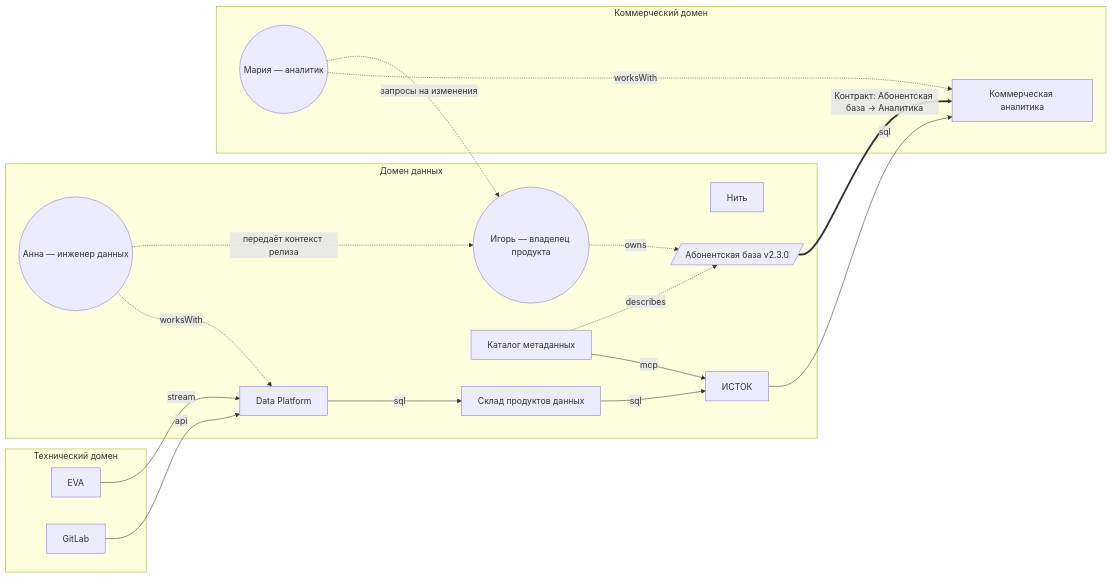
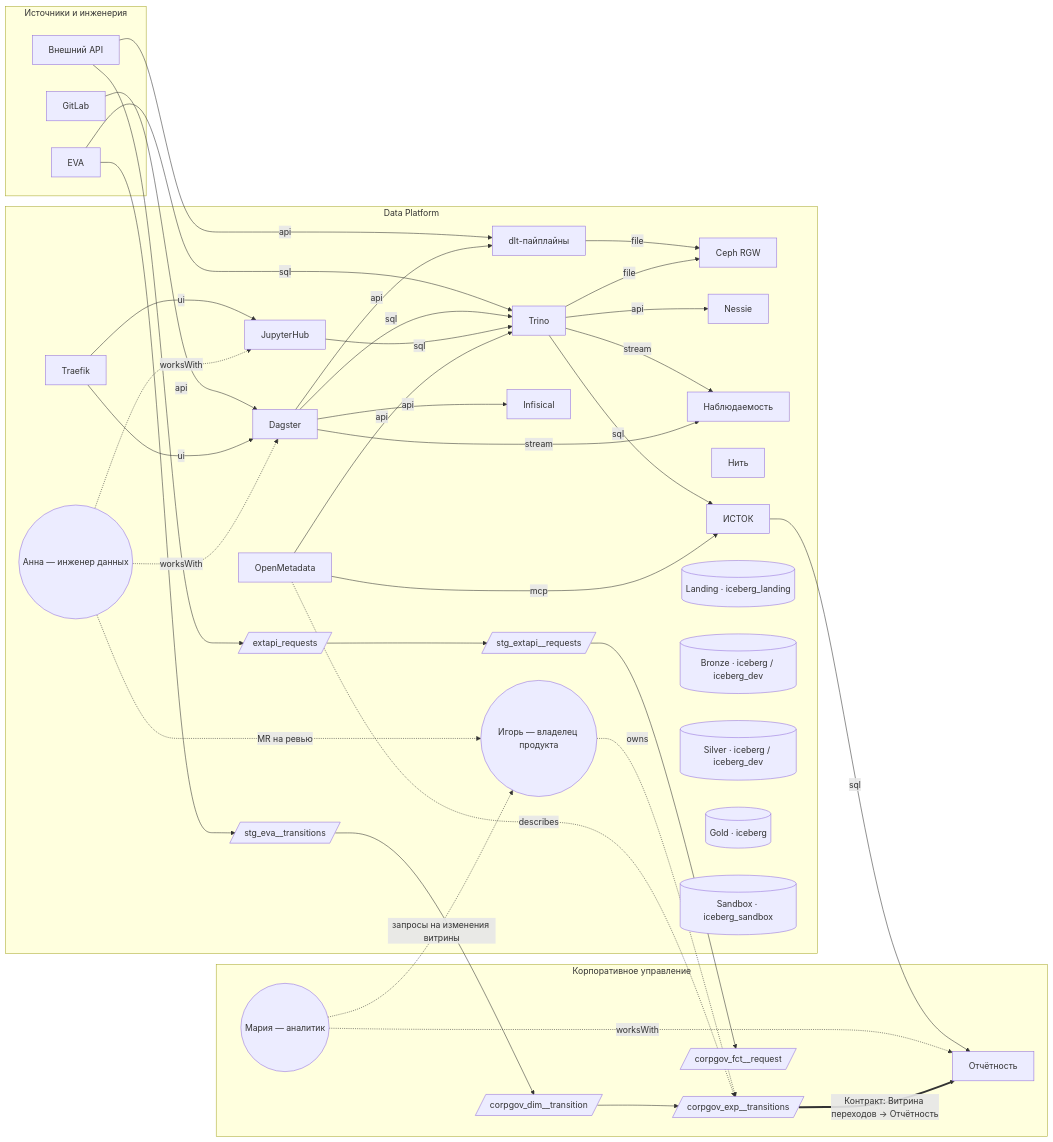
The first of 4 diagrams in docs/model.md (em-art/Data-City), drawn with Mermaid before and after one commit. The commit also changed other lines of this file and 32 other files, not shown here.

First line of the commit message:
Model the real Data Platform: Medallion layers, load patterns, three flows

````diff
--- a/docs/model.md
+++ b/docs/model.md
@@ -7,34 +7,71 @@
 ```mermaid
 flowchart LR
-  subgraph dom_data["Домен данных"]
-    sys_data_platform["Data Platform"]
-    sys_product_warehouse["Склад продуктов данных"]
-    sys_metadata["Каталог метаданных"]
+  subgraph dom_data["Data Platform"]
+    sys_traefik["Traefik"]
+    sys_trino["Trino"]
+    sys_dagster["Dagster"]
+    sys_ceph["Ceph RGW"]
+    sys_nessie["Nessie"]
+    sys_dlt["dlt-пайплайны"]
+    sys_jupyter["JupyterHub"]
+    sys_infisical["Infisical"]
+    sys_observability["Наблюдаемость"]
+    sys_metadata["OpenMetadata"]
     sys_nit["Нить"]
     sys_istok["ИСТОК"]
+    layer_landing[("Landing · iceberg_landing")]
+    layer_bronze[("Bronze · iceberg / iceberg_dev")]
+    layer_silver[("Silver · iceberg / iceberg_dev")]
+    layer_gold[("Gold · iceberg")]
+    layer_sandbox[("Sandbox · iceberg_sandbox")]
     emp_data_engineer(("Анна — инженер данных"))
     emp_product_owner(("Игорь — владелец продукта"))
-    dp_subscriber_base[/"Абонентская база v2.3.0"/]
+    dp_stg_eva_transitions[/"stg_eva__transitions"/]
+    dp_landing_extapi_requests[/"extapi_requests"/]
+    dp_stg_extapi_requests[/"stg_extapi__requests"/]
   end
-  subgraph dom_technical["Технический домен"]
+  subgraph dom_technical["Источники и инженерия"]
     sys_eva["EVA"]
+    sys_extapi["Внешний API"]
     sys_gitlab["GitLab"]
   end
-  subgraph dom_commercial["Коммерческий домен"]
-    sys_bi["Коммерческая аналитика"]
+  subgraph dom_corpgov["Корпоративное управление"]
+    sys_bi["Отчётность"]
     emp_analyst(("Мария — аналитик"))
+    dp_corpgov_dim_transition[/"corpgov_dim__transition"/]
+    dp_corpgov_exp_transitions[/"corpgov_exp__transitions"/]
+    dp_corpgov_fct_request[/"corpgov_fct__request"/]
   end
-  sys_eva -- "stream" --> sys_data_platform
-  sys_data_platform -- "sql" --> sys_product_warehouse
-  sys_product_warehouse -- "sql" --> sys_istok
+  sys_eva --> dp_stg_eva_transitions
+  dp_stg_eva_transitions --> dp_corpgov_dim_transition
+  dp_corpgov_dim_transition --> dp_corpgov_exp_transitions
+  sys_extapi --> dp_landing_extapi_requests
+  dp_landing_extapi_requests --> dp_stg_extapi_requests
+  dp_stg_extapi_requests --> dp_corpgov_fct_request
+  sys_eva -- "sql" --> sys_trino
+  sys_extapi -- "api" --> sys_dlt
+  sys_dlt -- "file" --> sys_ceph
+  sys_trino -- "file" --> sys_ceph
+  sys_trino -- "api" --> sys_nessie
+  sys_dagster -- "sql" --> sys_trino
+  sys_dagster -- "api" --> sys_dlt
+  sys_gitlab -- "api" --> sys_dagster
+  sys_traefik -- "ui" --> sys_dagster
+  sys_traefik -- "ui" --> sys_jupyter
+  sys_jupyter -- "sql" --> sys_trino
+  sys_dagster -- "api" --> sys_infisical
+  sys_trino -- "stream" --> sys_observability
+  sys_dagster -- "stream" --> sys_observability
+  sys_trino -- "sql" --> sys_istok
   sys_istok -- "sql" --> sys_bi
-  sys_gitlab -- "api" --> sys_data_platform
+  sys_metadata -- "api" --> sys_trino
   sys_metadata -- "mcp" --> sys_istok
-  emp_product_owner -. "owns" .-> dp_subscriber_base
-  emp_data_engineer -. "worksWith" .-> sys_data_platform
+  emp_product_owner -. "owns" .-> dp_corpgov_exp_transitions
+  emp_data_engineer -. "worksWith" .-> sys_dagster
+  emp_data_engineer -. "worksWith" .-> sys_jupyter
   emp_analyst -. "worksWith" .-> sys_bi
-  sys_metadata -. "describes" .-> dp_subscriber_base
-  emp_data_engineer -. "передаёт контекст релиза" .-> emp_product_owner
-  emp_analyst -. "запросы на изменения" .-> emp_product_owner
-  dp_subscriber_base == "Контракт: Абонентская база → Аналитика" ==> sys_bi
+  sys_metadata -. "describes" .-> dp_corpgov_exp_transitions
+  emp_data_engineer -. "MR на ревью" .-> emp_product_owner
+  emp_analyst -. "запросы на изменения витрины" .-> emp_product_owner
+  dp_corpgov_exp_transitions == "Контракт: Витрина переходов → Отчётность" ==> sys_bi
 ```
````
